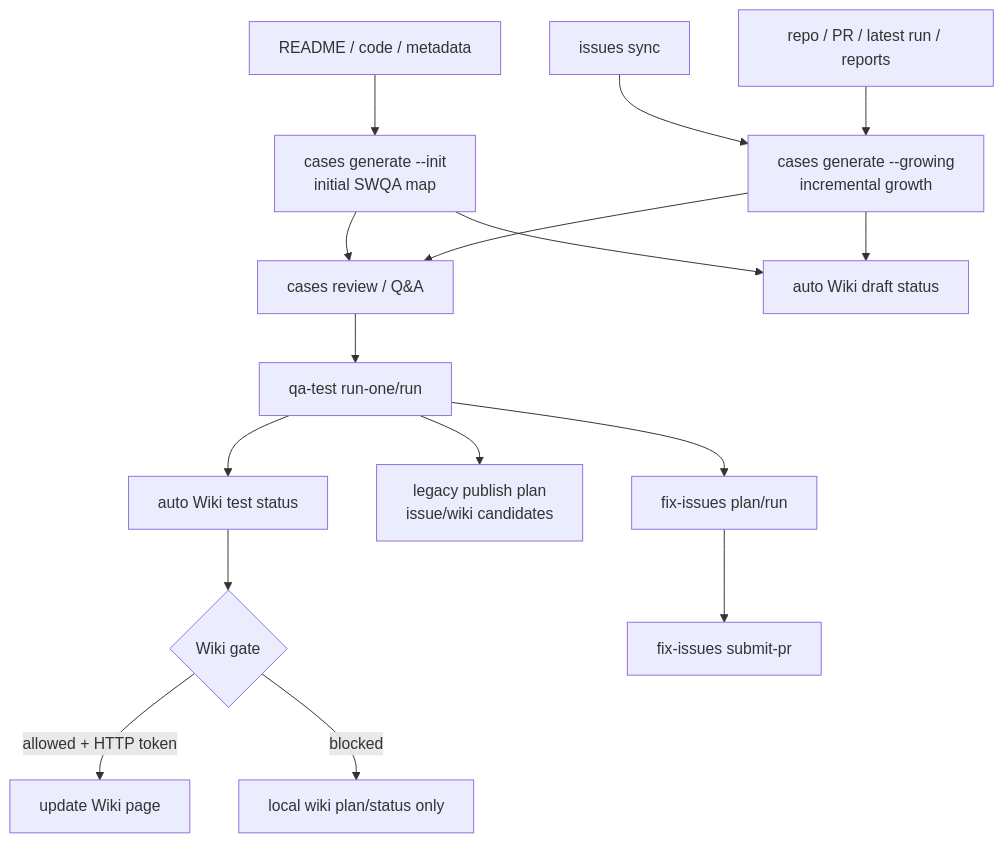
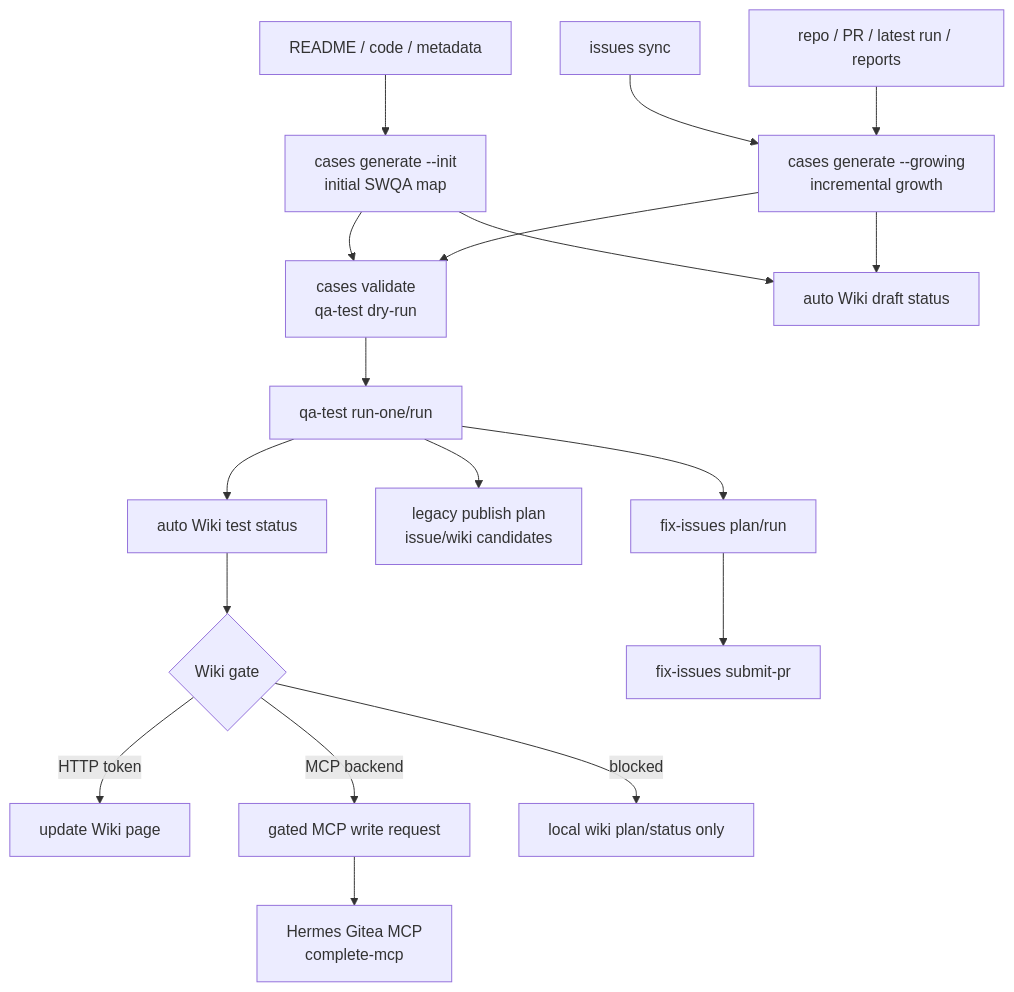
Before and after one commit to siriChiu/quality-assurance-AI-system-testing: the second of 2 diagrams in README.md, drawn with Mermaid. The commit also changed other lines of this file and 13 other files, not shown here.

First line of the commit message:
Enhance Gitea MCP Wiki Integration and Update Workflow

````diff
--- a/README.md
+++ b/README.md
@@ -39,18 +39,20 @@
 ```mermaid
 flowchart TD
   A["issues sync"] --> B["cases generate --growing<br/>incremental growth"]
   Z0["README / code / metadata"] --> B0["cases generate --init<br/>initial SWQA map"]
   Z["repo / PR / latest run / reports"] --> B
-  B0 --> C["cases review / Q&A"]
+  B0 --> C["cases validate<br/>qa-test dry-run"]
   B --> C
   C --> D["qa-test run-one/run"]
   B0 --> W0["auto Wiki draft status"]
   B --> W0
   D --> W1["auto Wiki test status"]
   W1 --> F{"Wiki gate"}
-  F -->|allowed + HTTP token| G["update Wiki page"]
+  F -->|HTTP token| G["update Wiki page"]
+  F -->|MCP backend| M["gated MCP write request"]
+  M --> N["Hermes Gitea MCP<br/>complete-mcp"]
   F -->|blocked| H["local wiki plan/status only"]
   D --> E["legacy publish plan<br/>issue/wiki candidates"]
   D --> I["fix-issues plan/run"]
   I --> J["fix-issues submit-pr"]
 ```
````
